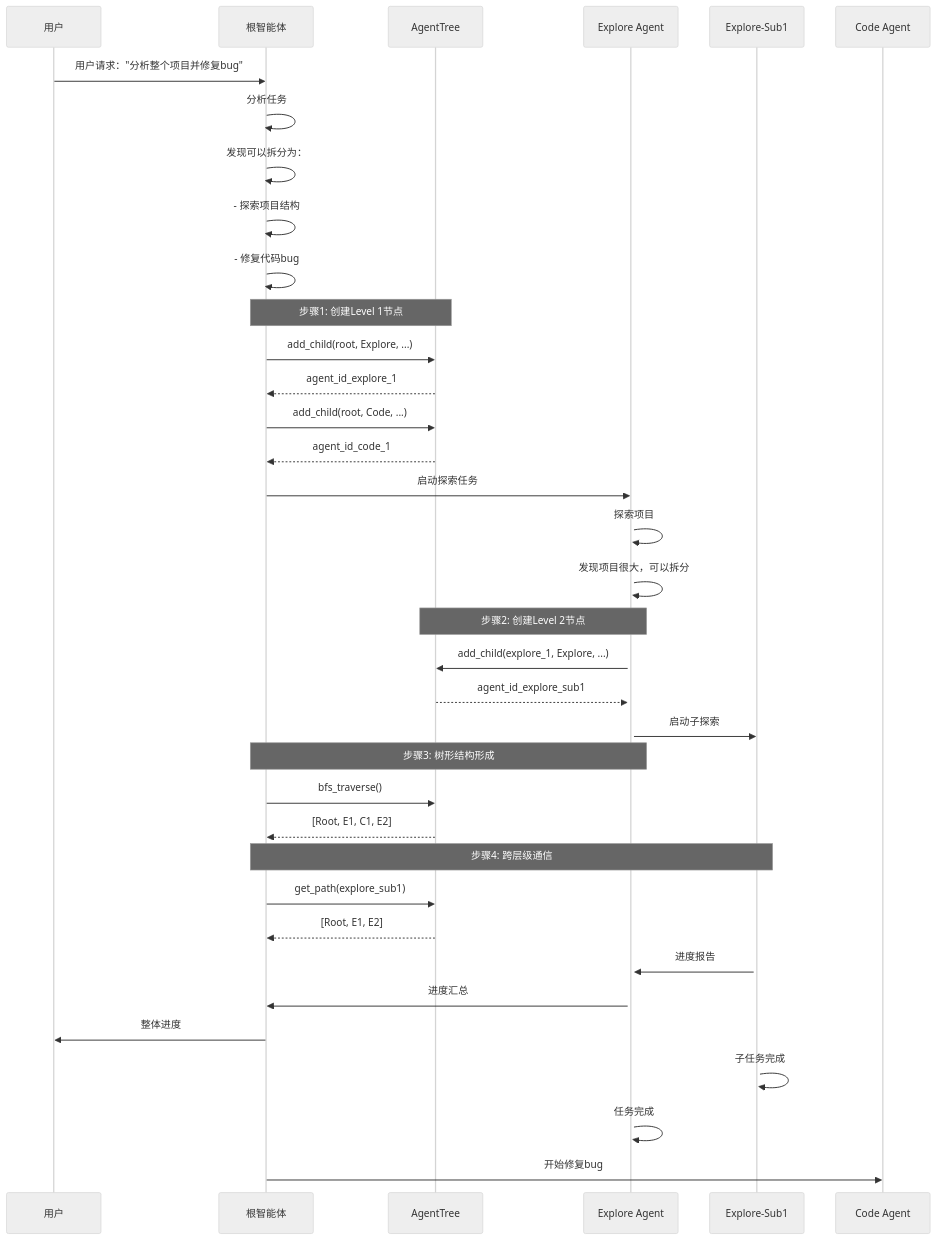
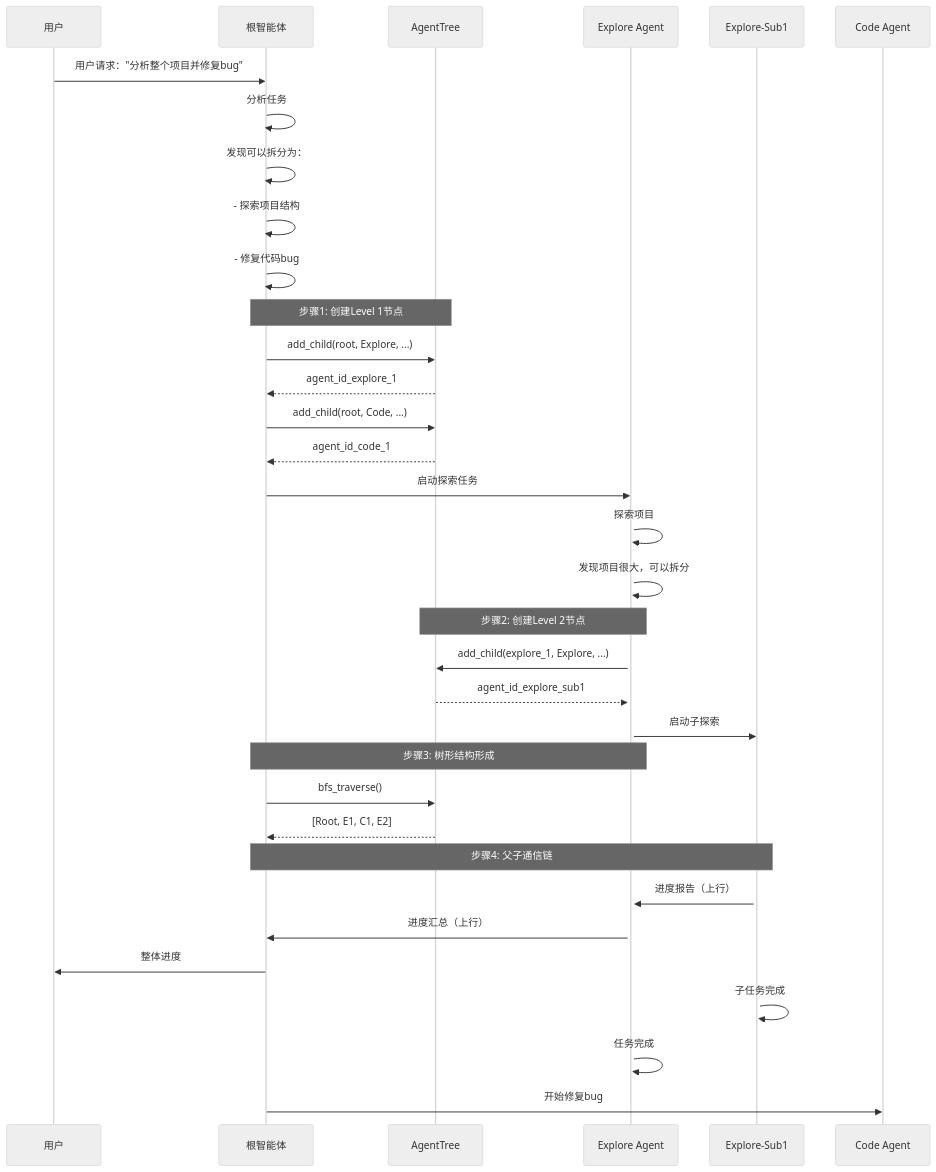
Before and after one commit to MiyakoMeow/neco: the ninth of 15 diagrams in progress/TECH.md, drawn with Mermaid (neutral theme). The commit also changed other lines of this file and 1 other file, not shown here.

````diff
--- a/progress/TECH.md
+++ b/progress/TECH.md
@@ -1349,52 +1490,49 @@
 ```mermaid
 sequenceDiagram
     participant U as 用户
     participant Root as 根智能体
     participant Tree as AgentTree
     participant E1 as Explore Agent
     participant E2 as Explore-Sub1
     participant C1 as Code Agent
 
     U->>Root: 用户请求："分析整个项目并修复bug"
 
     Root->>Root: 分析任务
     Root->>Root: 发现可以拆分为：
     Root->>Root: - 探索项目结构
     Root->>Root: - 修复代码bug
 
     Note over Root,Tree: 步骤1: 创建Level 1节点
     Root->>Tree: add_child(root, Explore, ...)
     Tree-->>Root: agent_id_explore_1
 
     Root->>Tree: add_child(root, Code, ...)
     Tree-->>Root: agent_id_code_1
 
     Root->>E1: 启动探索任务
     activate E1
 
     E1->>E1: 探索项目
     E1->>E1: 发现项目很大，可以拆分
 
     Note over E1,Tree: 步骤2: 创建Level 2节点
     E1->>Tree: add_child(explore_1, Explore, ...)
     Tree-->>E1: agent_id_explore_sub1
 
     E1->>E2: 启动子探索
     activate E2
 
     Note over Root,E1: 步骤3: 树形结构形成
     Root->>Tree: bfs_traverse()
     Tree-->>Root: [Root, E1, C1, E2]
 
-    Note over Root,E2: 步骤4: 跨层级通信
-    Root->>Tree: get_path(explore_sub1)
-    Tree-->>Root: [Root, E1, E2]
-
-    E2->>E1: 进度报告
-    E1->>Root: 进度汇总
+    Note over Root,E2: 步骤4: 父子通信链
+    E2->>E1: 进度报告（上行）
+    E1->>Root: 进度汇总（上行）
     Root->>U: 整体进度
 
     E2->>E2: 子任务完成
     E1->>E1: 任务完成
     Root->>C1: 开始修复bug
 ```
````
